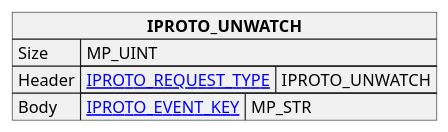
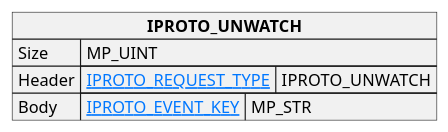
One commit to tarantool/doc changed the diagram in doc/dev_guide/internals/iproto/images/events_unwatch.puml. Above: the diagram before and after it, drawn with PlantUML. The commit also changed 99 other files, not shown here.

Commit message:
Fix plantuml diagrams Broken links and puml parameters

```diff
--- a/doc/dev_guide/internals/iproto/images/events_unwatch.puml
+++ b/doc/dev_guide/internals/iproto/images/events_unwatch.puml
@@ -1,20 +1,20 @@
 @startuml
 
-skinparam map {
+skinparam {
     HyperlinkColor #0077FF
     FontColor #313131
     BorderColor #313131
     BackgroundColor transparent
 }
 
 json "**IPROTO_UNWATCH**" as unwatch {
     "Size": "MP_UINT",
     "Header": {
       "[[https://tarantool.io/en/doc/latest/dev_guide/internals/iproto/keys IPROTO_REQUEST_TYPE]]": "IPROTO_UNWATCH"
     },
     "Body": {
       "[[https://tarantool.io/en/doc/latest/dev_guide/internals/iproto/keys IPROTO_EVENT_KEY]]": "MP_STR"
     }
 }
 
 @enduml
```
